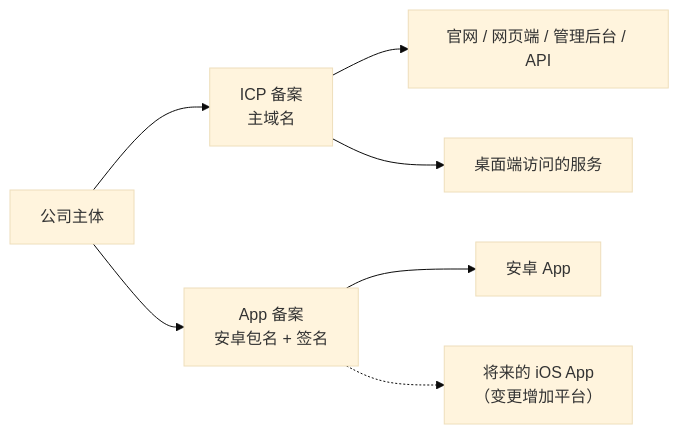
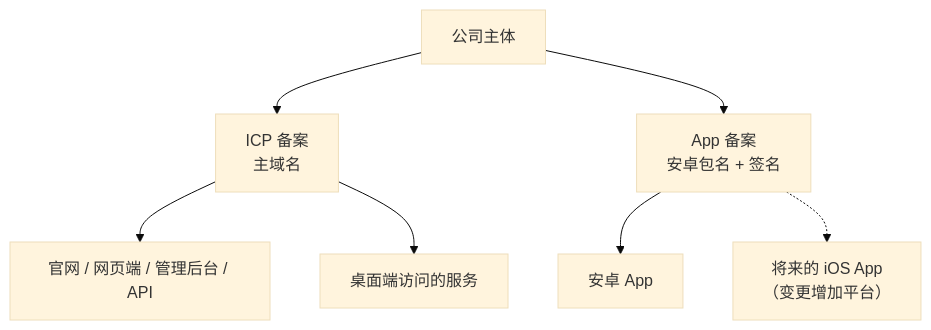
One commit to jarvis-pro/hatch-shelf changed the second of 2 diagrams in books/opc-compliance-cn/04-app-filing.md. Above: the diagram before and after it, drawn with Mermaid (base theme). The commit also changed 432 other files, not shown here.

````diff
--- a/books/opc-compliance-cn/04-app-filing.md
+++ b/books/opc-compliance-cn/04-app-filing.md
@@ -125,9 +125,9 @@
 ```mermaid
-flowchart LR
+flowchart TD
   A["公司主体"] --> B["ICP 备案<br/>主域名"]
   A --> C["App 备案<br/>安卓包名 + 签名"]
   B --> D["官网 / 网页端 / 管理后台 / API"]
   B --> E["桌面端访问的服务"]
   C --> F["安卓 App"]
   C -.-> G["将来的 iOS App<br/>（变更增加平台）"]
 ```
````
